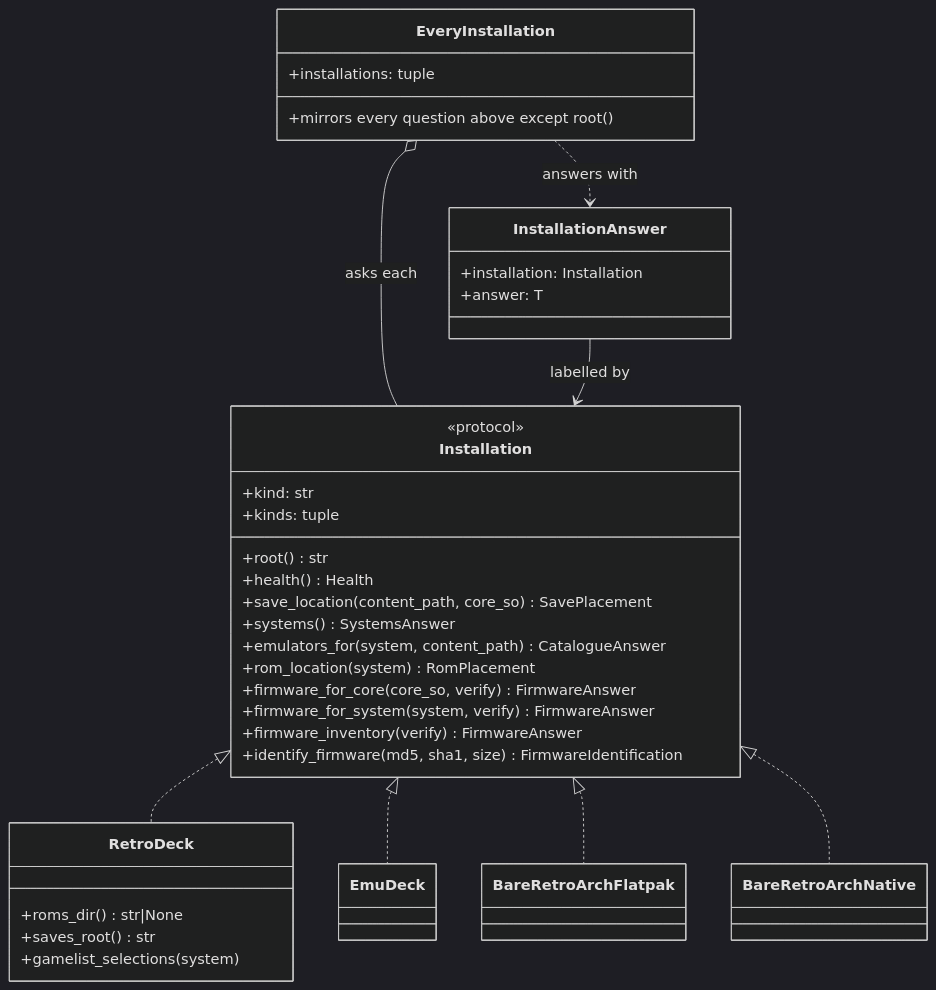
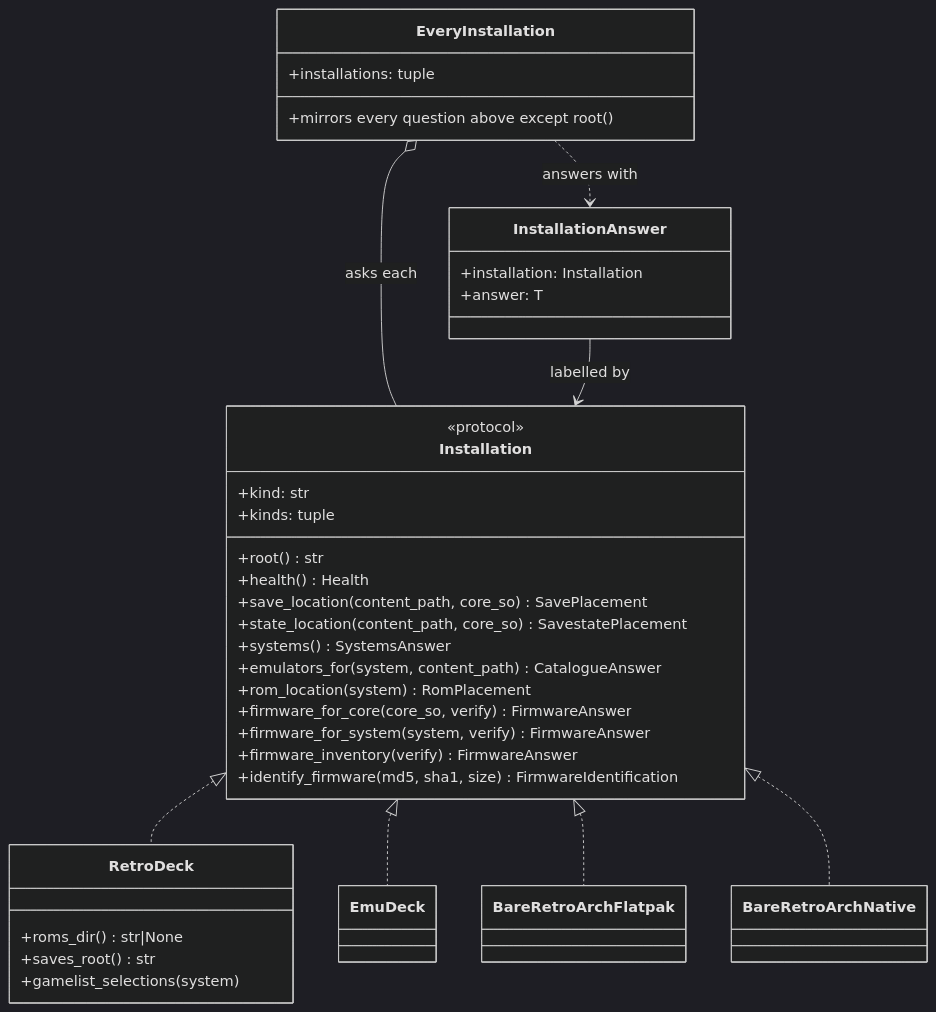
Before and after one commit to danielcopper/emu-atlas: the second of 3 diagrams in docs/architecture.md, drawn with Mermaid (dark theme). The commit also changed other lines of this file and 22 other files, not shown here.

````diff
--- a/docs/architecture.md
+++ b/docs/architecture.md
@@ -60,42 +60,43 @@
 ```mermaid
 classDiagram
     class Installation {
         <<protocol>>
         +kind: str
         +kinds: tuple
         +root() str
         +health() Health
         +save_location(content_path, core_so) SavePlacement
+        +state_location(content_path, core_so) SavestatePlacement
         +systems() SystemsAnswer
         +emulators_for(system, content_path) CatalogueAnswer
         +rom_location(system) RomPlacement
         +firmware_for_core(core_so, verify) FirmwareAnswer
         +firmware_for_system(system, verify) FirmwareAnswer
         +firmware_inventory(verify) FirmwareAnswer
         +identify_firmware(md5, sha1, size) FirmwareIdentification
     }
     class RetroDeck {
         +roms_dir() str|None
         +saves_root() str
         +gamelist_selections(system)
     }
     class EmuDeck
     class BareRetroArchFlatpak
     class BareRetroArchNative
     class EveryInstallation {
         +installations: tuple
         +mirrors every question above except root()
     }
     class InstallationAnswer {
         +installation: Installation
         +answer: T
     }
 
     Installation <|.. RetroDeck
     Installation <|.. EmuDeck
     Installation <|.. BareRetroArchFlatpak
     Installation <|.. BareRetroArchNative
     EveryInstallation o-- Installation : asks each
     EveryInstallation ..> InstallationAnswer : answers with
     InstallationAnswer --> Installation : labelled by
 ```
````
